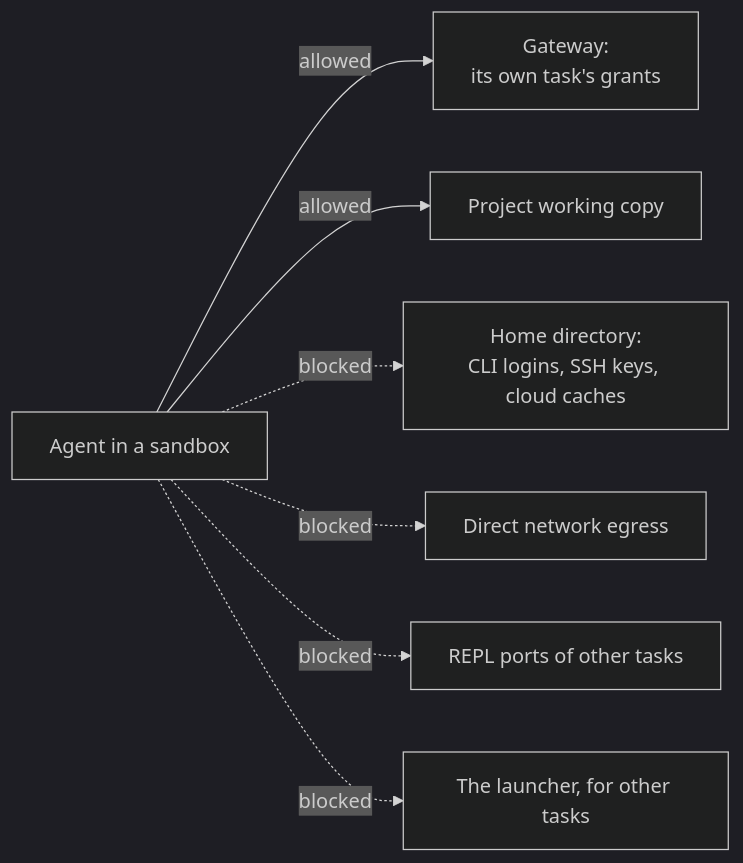
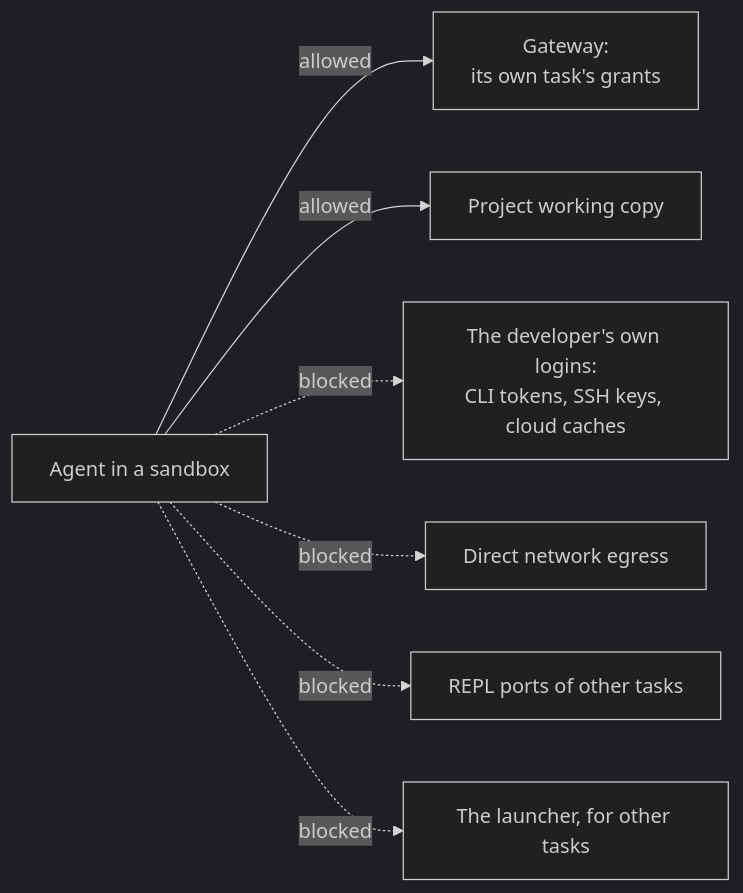
One commit to kirahowe/grants changed the third of 5 diagrams in doc/threat-model.md. Above: the diagram before and after it, drawn with Mermaid (dark theme). The commit also changed other lines of this file, not shown here.

````diff
--- a/doc/threat-model.md
+++ b/doc/threat-model.md
@@ -116,10 +121,10 @@
 ```mermaid
 flowchart LR
     AG["Agent in a sandbox"]
     AG -->|allowed| GW["Gateway:<br/>its own task's grants"]
     AG -->|allowed| WS["Project working copy"]
-    AG -. blocked .-> HOME["Home directory:<br/>CLI logins, SSH keys, cloud caches"]
+    AG -. blocked .-> HOME["The developer's own logins:<br/>CLI tokens, SSH keys, cloud caches"]
     AG -. blocked .-> NET["Direct network egress"]
     AG -. blocked .-> REPL["REPL ports of other tasks"]
     AG -. blocked .-> RUN["The launcher, for other tasks"]
 ```
````
